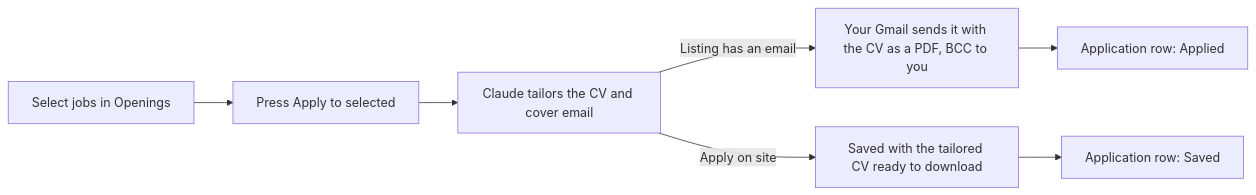
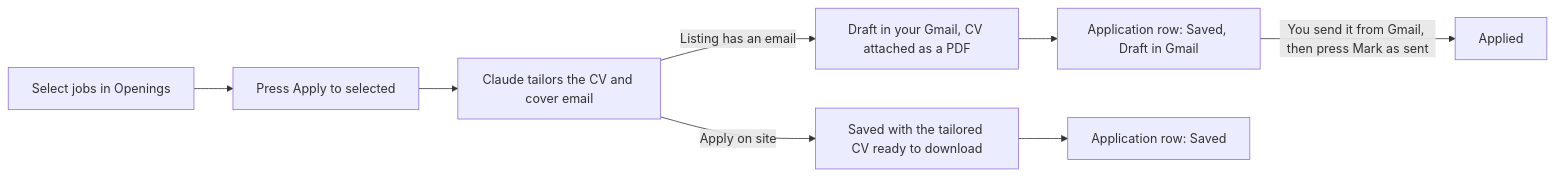
Before and after one commit to jmdmacapagal/job-finder: the diagram in docs/applying.md, drawn with Mermaid. The commit also changed other lines of this file and 18 other files, not shown here.

````diff
--- a/docs/applying.md
+++ b/docs/applying.md
@@ -7,9 +7,10 @@
 ```mermaid
 flowchart LR
   T[Select jobs in Openings] --> B[Press Apply to selected]
   B --> C[Claude tailors the CV and cover email]
-  C -->|Listing has an email| G[Your Gmail sends it with the CV as a PDF, BCC to you]
+  C -->|Listing has an email| D[Draft in your Gmail, CV attached as a PDF]
   C -->|Apply on site| S[Saved with the tailored CV ready to download]
-  G --> A[Application row: Applied]
+  D --> A[Application row: Saved, Draft in Gmail]
+  A -->|You send it from Gmail, then press Mark as sent| A1[Applied]
   S --> A2[Application row: Saved]
 ```
````
